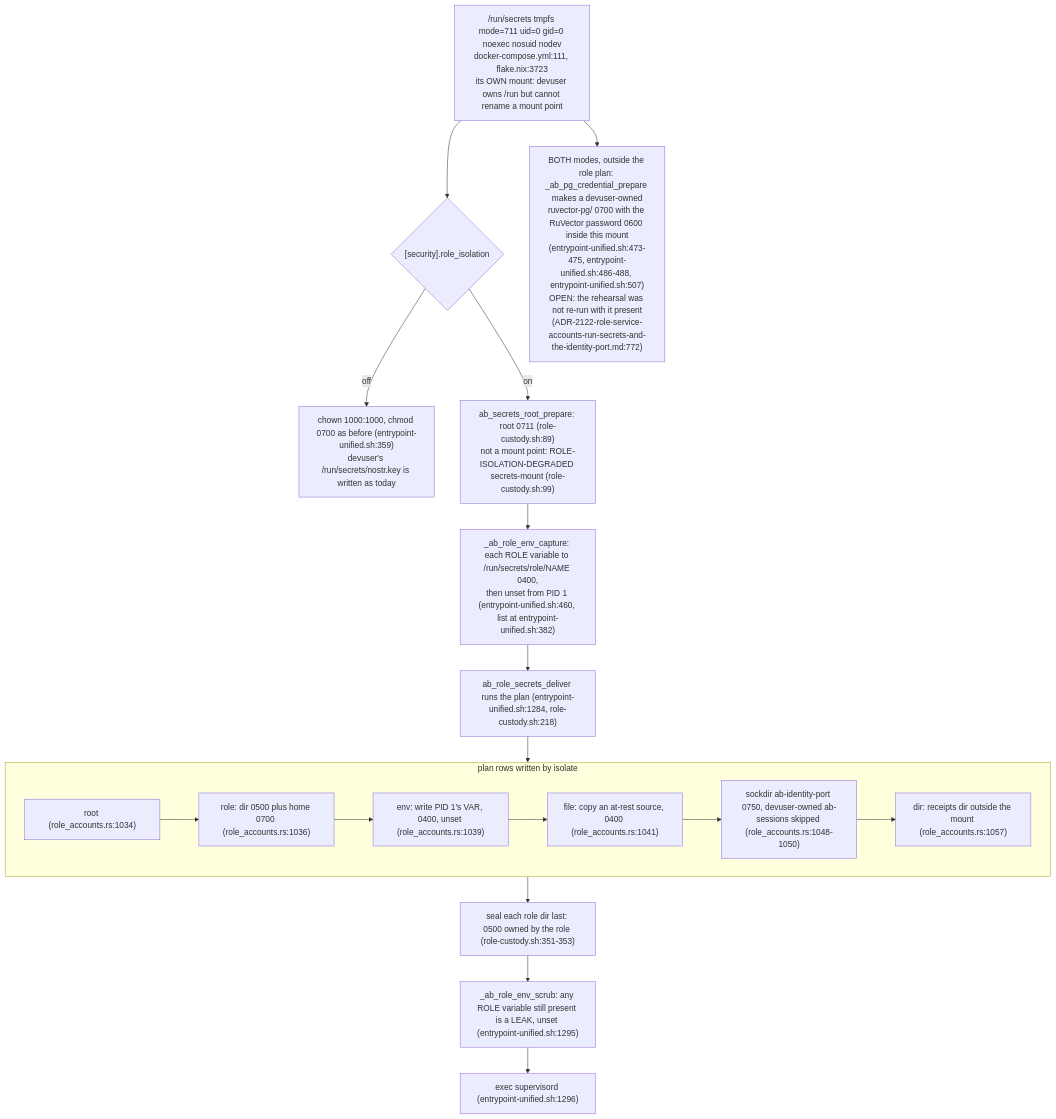
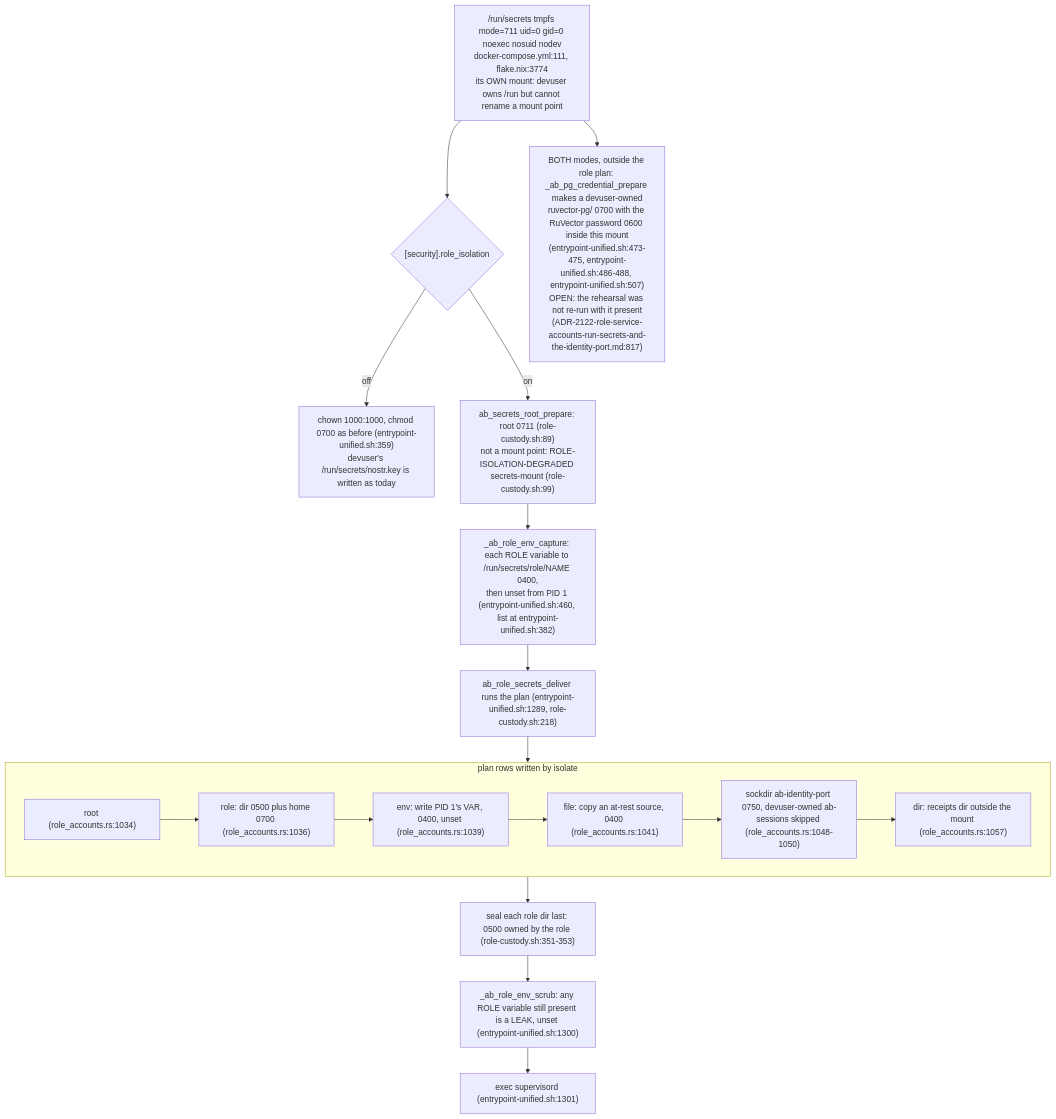
The third of 7 diagrams in docs/diagrams/agentbox/36-role-isolation-and-identity-port.md (DreamLab-AI/VisionFlow), drawn with Mermaid before and after one commit. The commit also changed other lines of this file and 36 other files, not shown here.

First line of the commit message:
docs(diagrams): re-derive and re-stamp agentbox, dream-engine, visioncraft, visiontouch and vowl topics; drop LAN addresses

````diff
--- a/docs/diagrams/agentbox/36-role-isolation-and-identity-port.md
+++ b/docs/diagrams/agentbox/36-role-isolation-and-identity-port.md
@@ -121,23 +126,23 @@
 ```mermaid
 flowchart TB
-    MNT["/run/secrets tmpfs mode=711 uid=0 gid=0 noexec nosuid nodev<br/>docker-compose.yml:111, flake.nix:3723<br/>its OWN mount: devuser owns /run but cannot rename a mount point"]
+    MNT["/run/secrets tmpfs mode=711 uid=0 gid=0 noexec nosuid nodev<br/>docker-compose.yml:111, flake.nix:3774<br/>its OWN mount: devuser owns /run but cannot rename a mount point"]
     MNT --> MODE{"[security].role_isolation"}
     MODE -->|"off"| OFF["chown 1000:1000, chmod 0700 as before (entrypoint-unified.sh:359)<br/>devuser's /run/secrets/nostr.key is written as today"]
     MODE -->|"on"| PREP["ab_secrets_root_prepare: root 0711 (role-custody.sh:89)<br/>not a mount point: ROLE-ISOLATION-DEGRADED secrets-mount (role-custody.sh:99)"]
     PREP --> CAP["_ab_role_env_capture: each ROLE variable to /run/secrets/role/NAME 0400,<br/>then unset from PID 1 (entrypoint-unified.sh:460, list at entrypoint-unified.sh:382)"]
-    CAP --> DEL["ab_role_secrets_deliver runs the plan (entrypoint-unified.sh:1284, role-custody.sh:218)"]
+    CAP --> DEL["ab_role_secrets_deliver runs the plan (entrypoint-unified.sh:1289, role-custody.sh:218)"]
     subgraph PLAN["plan rows written by isolate"]
         P1["root (role_accounts.rs:1034)"]
         P2["role: dir 0500 plus home 0700 (role_accounts.rs:1036)"]
         P3["env: write PID 1's VAR, 0400, unset (role_accounts.rs:1039)"]
         P4["file: copy an at-rest source, 0400 (role_accounts.rs:1041)"]
         P5["sockdir ab-identity-port 0750, devuser-owned ab-sessions skipped (role_accounts.rs:1048-1050)"]
         P6["dir: receipts dir outside the mount (role_accounts.rs:1057)"]
         P1 --> P2 --> P3 --> P4 --> P5 --> P6
     end
     DEL --> PLAN
     PLAN --> SEAL["seal each role dir last: 0500 owned by the role (role-custody.sh:351-353)"]
-    SEAL --> SCRUB["_ab_role_env_scrub: any ROLE variable still present is a LEAK, unset (entrypoint-unified.sh:1295)"]
-    SCRUB --> X["exec supervisord (entrypoint-unified.sh:1296)"]
-    MNT --> PG["BOTH modes, outside the role plan: _ab_pg_credential_prepare makes a devuser-owned<br/>ruvector-pg/ 0700 with the RuVector password 0600 inside this mount<br/>(entrypoint-unified.sh:473-475, entrypoint-unified.sh:486-488, entrypoint-unified.sh:507)<br/>OPEN: the rehearsal was not re-run with it present<br/>(ADR-2122-role-service-accounts-run-secrets-and-the-identity-port.md:772)"]
+    SEAL --> SCRUB["_ab_role_env_scrub: any ROLE variable still present is a LEAK, unset (entrypoint-unified.sh:1300)"]
+    SCRUB --> X["exec supervisord (entrypoint-unified.sh:1301)"]
+    MNT --> PG["BOTH modes, outside the role plan: _ab_pg_credential_prepare makes a devuser-owned<br/>ruvector-pg/ 0700 with the RuVector password 0600 inside this mount<br/>(entrypoint-unified.sh:473-475, entrypoint-unified.sh:486-488, entrypoint-unified.sh:507)<br/>OPEN: the rehearsal was not re-run with it present<br/>(ADR-2122-role-service-accounts-run-secrets-and-the-identity-port.md:817)"]
 ```
````
